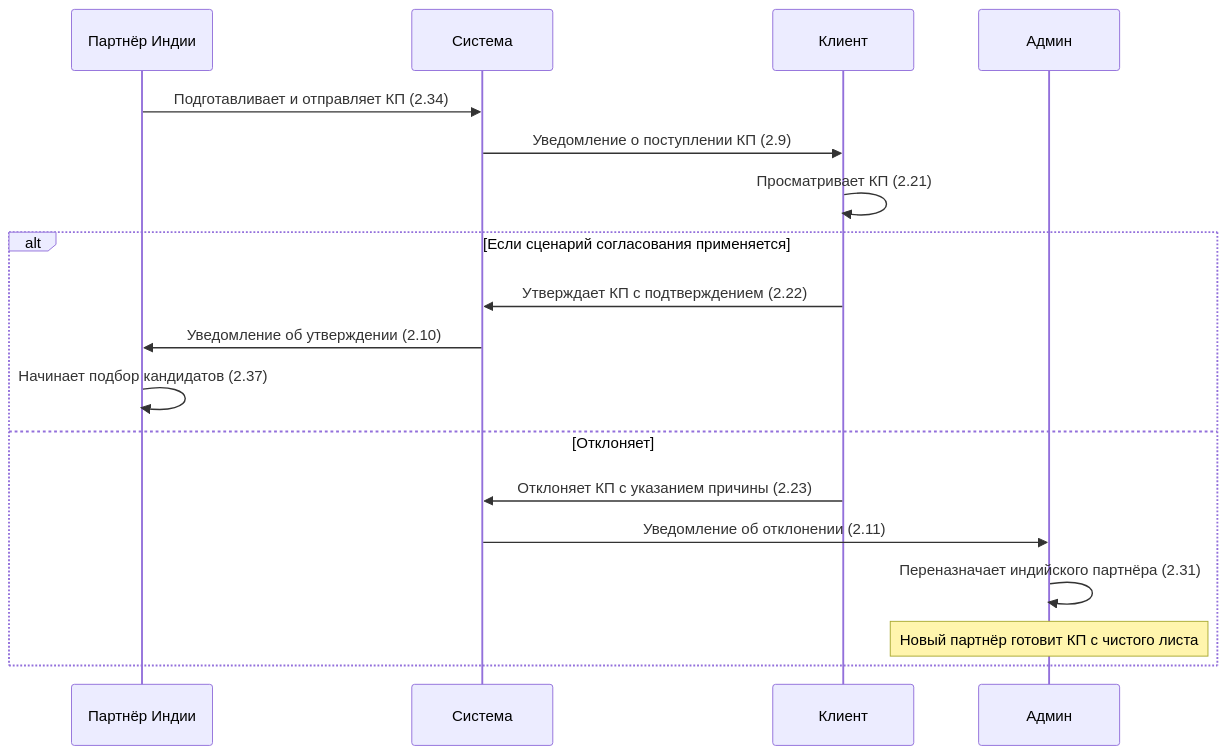
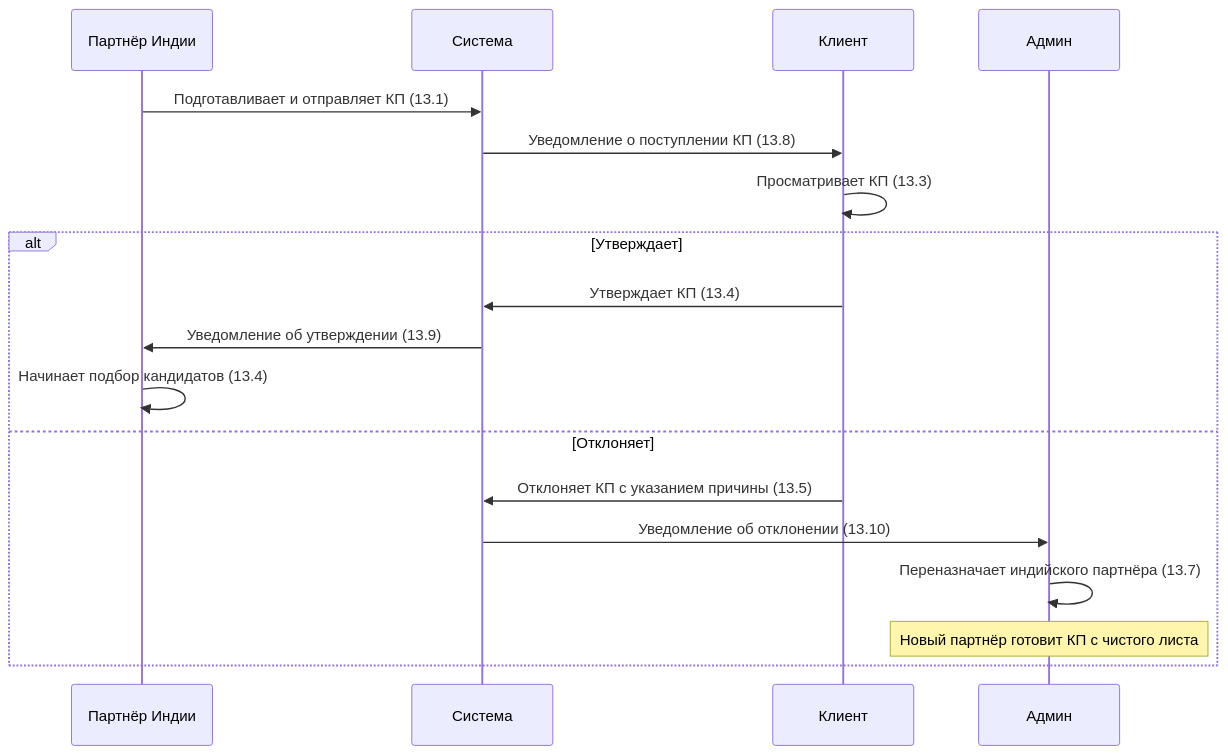
The diagram in processes/Работа с КП.md (dan-rozhkov/indian-platform-docs), drawn with Mermaid before and after one commit. The commit also changed other lines of this file and 13 other files, not shown here.

````diff
--- a/processes/Работа с КП.md
+++ b/processes/Работа с КП.md
@@ -19,21 +34,21 @@
 ```mermaid
 sequenceDiagram
   participant India as Партнёр Индии
   participant System as Система
   participant Client as Клиент
   participant Admin as Админ
 
-  India->>System: Подготавливает и отправляет КП (2.34)
-  System->>Client: Уведомление о поступлении КП (2.9)
-  Client->>Client: Просматривает КП (2.21)
-  alt Если сценарий согласования применяется
-    Client->>System: Утверждает КП с подтверждением (2.22)
-    System->>India: Уведомление об утверждении (2.10)
-    India->>India: Начинает подбор кандидатов (2.37)
+  India->>System: Подготавливает и отправляет КП (13.1)
+  System->>Client: Уведомление о поступлении КП (13.8)
+  Client->>Client: Просматривает КП (13.3)
+  alt Утверждает
+    Client->>System: Утверждает КП (13.4)
+    System->>India: Уведомление об утверждении (13.9)
+    India->>India: Начинает подбор кандидатов (13.4)
   else Отклоняет
-    Client->>System: Отклоняет КП с указанием причины (2.23)
-    System->>Admin: Уведомление об отклонении (2.11)
-    Admin->>Admin: Переназначает индийского партнёра (2.31)
+    Client->>System: Отклоняет КП с указанием причины (13.5)
+    System->>Admin: Уведомление об отклонении (13.10)
+    Admin->>Admin: Переназначает индийского партнёра (13.7)
     Note over Admin: Новый партнёр готовит КП с чистого листа
   end
 ```
````
